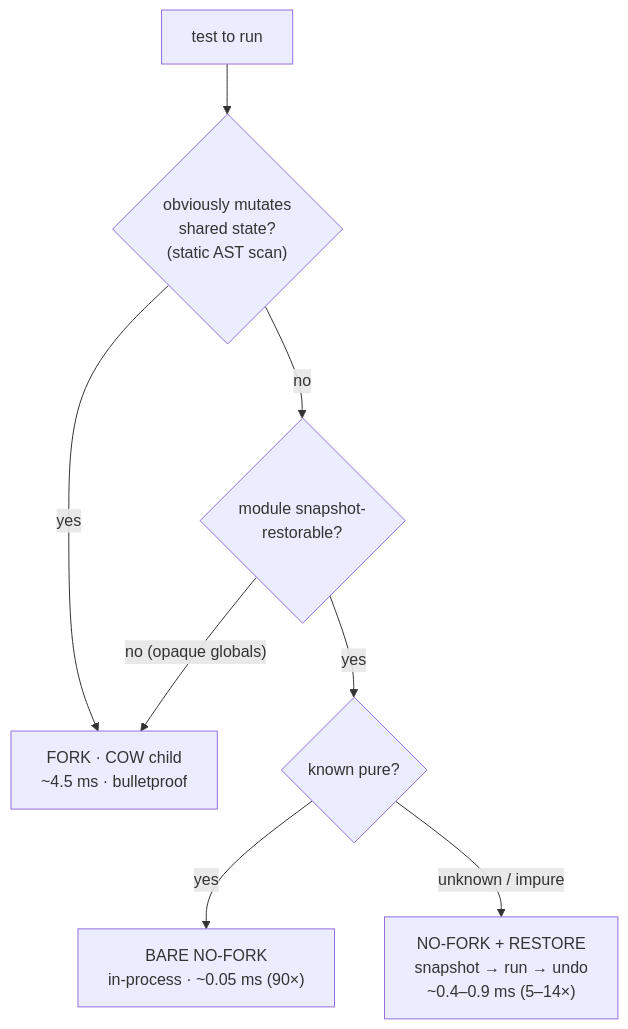
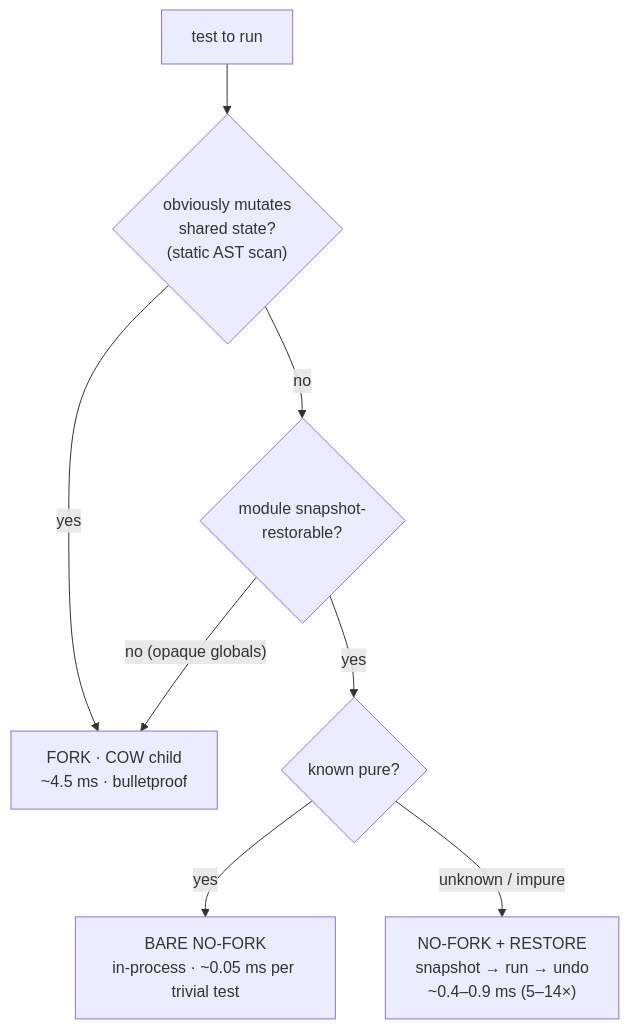
One commit to snoodleboot-io/tiderace changed the third of 4 diagrams in docs/design/architecture.md. Above: the diagram before and after it, drawn with Mermaid. The commit also changed other lines of this file and 9 other files, not shown here.

````diff
--- a/docs/design/architecture.md
+++ b/docs/design/architecture.md
@@ -67,10 +67,10 @@
 ```mermaid
 flowchart TD
     START["test to run"] --> STATIC{"obviously mutates<br/>shared state?<br/>(static AST scan)"}
     STATIC -->|yes| FORK
     STATIC -->|no| RESTORABLE{"module snapshot-<br/>restorable?"}
     RESTORABLE -->|"no (opaque globals)"| FORK["FORK · COW child<br/>~4.5 ms · bulletproof"]
     RESTORABLE -->|yes| KNOWN{"known pure?"}
-    KNOWN -->|yes| BARE["BARE NO-FORK<br/>in-process · ~0.05 ms (90×)"]
+    KNOWN -->|yes| BARE["BARE NO-FORK<br/>in-process · ~0.05 ms per trivial test"]
     KNOWN -->|"unknown / impure"| RESTORE["NO-FORK + RESTORE<br/>snapshot → run → undo<br/>~0.4–0.9 ms (5–14×)"]
 ```
````
